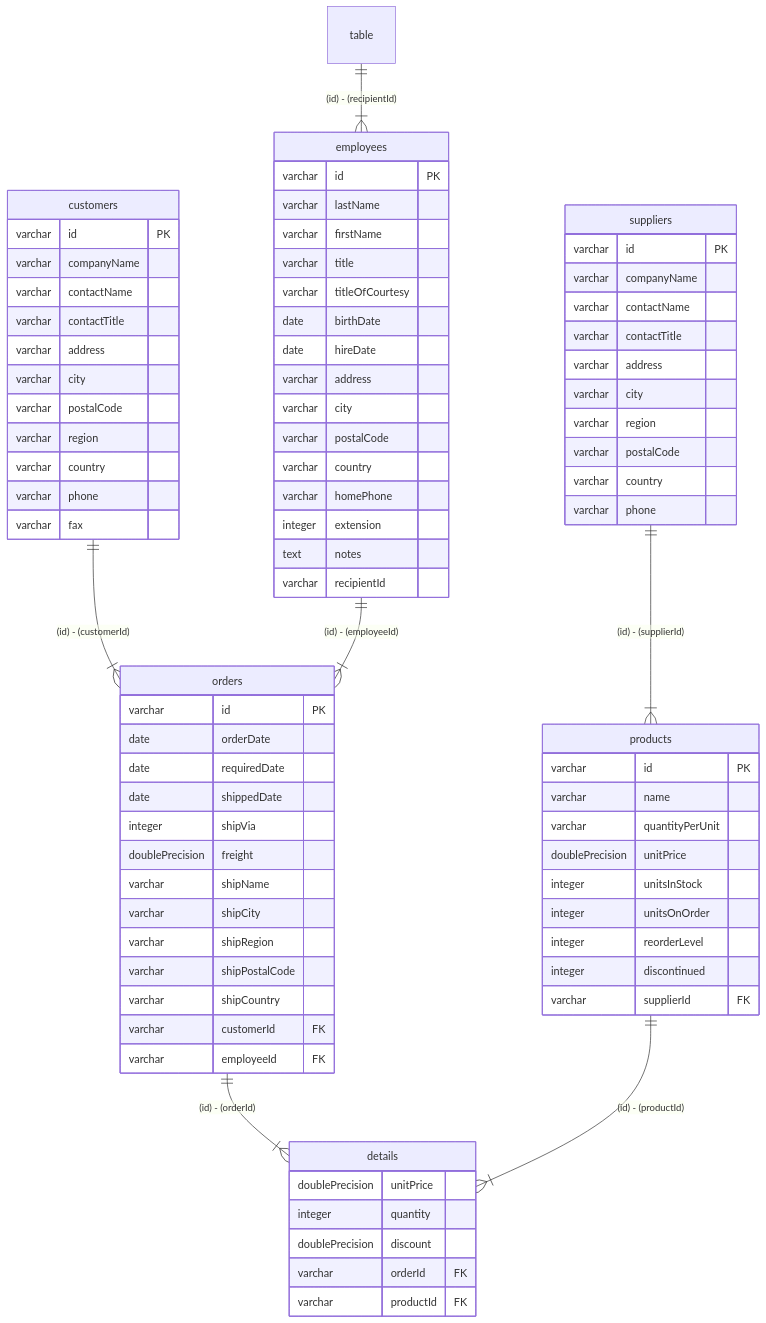
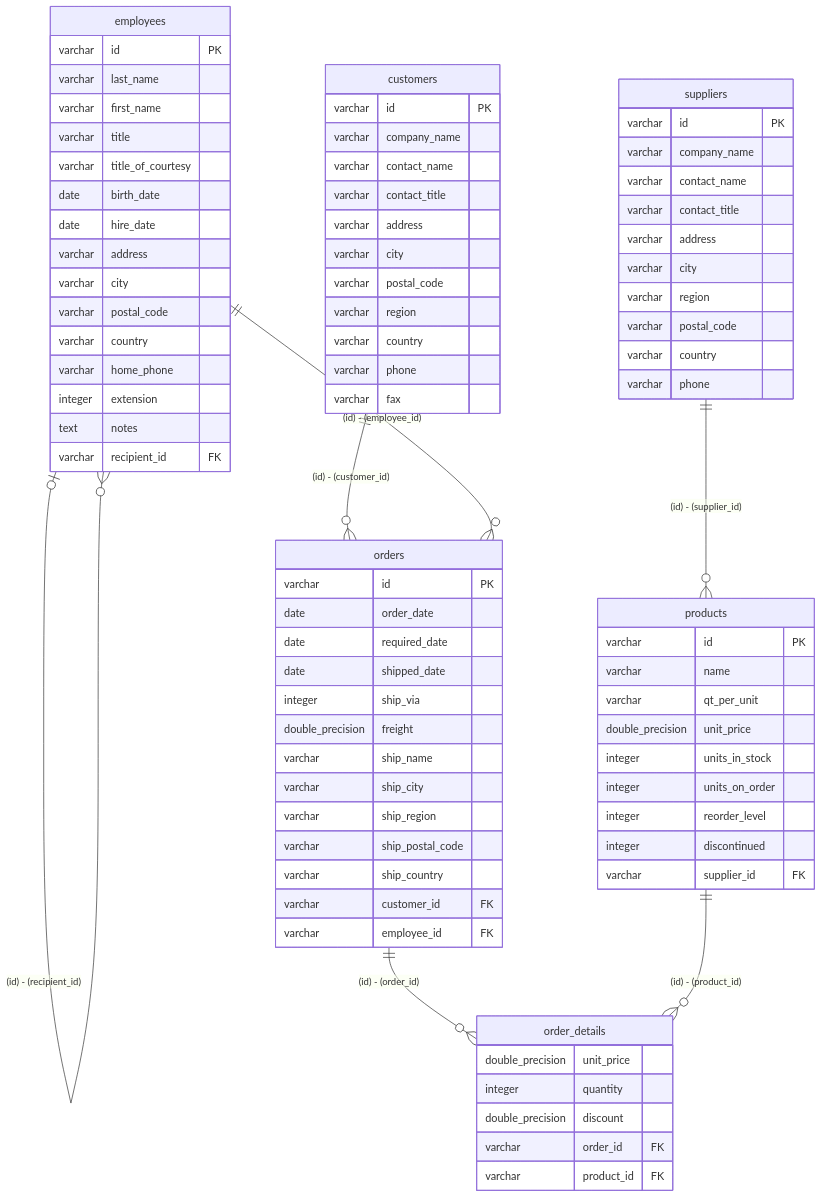
One commit to nakita628/drizzler-examples changed the diagram in apps/northwind/docs/er.md. Above: the diagram before and after it, drawn with Mermaid. The commit also changed 74 other files, not shown here.

````diff
--- a/apps/northwind/docs/er.md
+++ b/apps/northwind/docs/er.md
@@ -1,19 +1,19 @@
 ```mermaid
 erDiagram
-    table ||--|{ employees : "(id) - (recipientId)"
-    customers ||--|{ orders : "(id) - (customerId)"
-    employees ||--|{ orders : "(id) - (employeeId)"
-    suppliers ||--|{ products : "(id) - (supplierId)"
-    orders ||--|{ details : "(id) - (orderId)"
-    products ||--|{ details : "(id) - (productId)"
+    employees |o--o{ employees : "(id) - (recipient_id)"
+    customers ||--o{ orders : "(id) - (customer_id)"
+    employees ||--o{ orders : "(id) - (employee_id)"
+    suppliers ||--o{ products : "(id) - (supplier_id)"
+    orders ||--o{ order_details : "(id) - (order_id)"
+    products ||--o{ order_details : "(id) - (product_id)"
     customers {
         varchar id PK
-        varchar companyName
-        varchar contactName
-        varchar contactTitle
+        varchar company_name
+        varchar contact_name
+        varchar contact_title
         varchar address
         varchar city
-        varchar postalCode
+        varchar postal_code
         varchar region
         varchar country
         varchar phone
@@ -21,64 +21,64 @@
     }
     employees {
         varchar id PK
-        varchar lastName
-        varchar firstName
+        varchar last_name
+        varchar first_name
         varchar title
-        varchar titleOfCourtesy
-        date birthDate
-        date hireDate
+        varchar title_of_courtesy
+        date birth_date
+        date hire_date
         varchar address
         varchar city
-        varchar postalCode
+        varchar postal_code
         varchar country
-        varchar homePhone
+        varchar home_phone
         integer extension
         text notes
-        varchar recipientId
+        varchar recipient_id FK
     }
     orders {
         varchar id PK
-        date orderDate
-        date requiredDate
-        date shippedDate
-        integer shipVia
-        doublePrecision freight
-        varchar shipName
-        varchar shipCity
-        varchar shipRegion
-        varchar shipPostalCode
-        varchar shipCountry
-        varchar customerId FK
-        varchar employeeId FK
+        date order_date
+        date required_date
+        date shipped_date
+        integer ship_via
+        double_precision freight
+        varchar ship_name
+        varchar ship_city
+        varchar ship_region
+        varchar ship_postal_code
+        varchar ship_country
+        varchar customer_id FK
+        varchar employee_id FK
     }
     suppliers {
         varchar id PK
-        varchar companyName
-        varchar contactName
-        varchar contactTitle
+        varchar company_name
+        varchar contact_name
+        varchar contact_title
         varchar address
         varchar city
         varchar region
-        varchar postalCode
+        varchar postal_code
         varchar country
         varchar phone
     }
     products {
         varchar id PK
         varchar name
-        varchar quantityPerUnit
-        doublePrecision unitPrice
-        integer unitsInStock
-        integer unitsOnOrder
-        integer reorderLevel
+        varchar qt_per_unit
+        double_precision unit_price
+        integer units_in_stock
+        integer units_on_order
+        integer reorder_level
         integer discontinued
-        varchar supplierId FK
+        varchar supplier_id FK
     }
-    details {
-        doublePrecision unitPrice
+    order_details {
+        double_precision unit_price
         integer quantity
-        doublePrecision discount
-        varchar orderId FK
-        varchar productId FK
+        double_precision discount
+        varchar order_id FK
+        varchar product_id FK
     }
 ```
````
